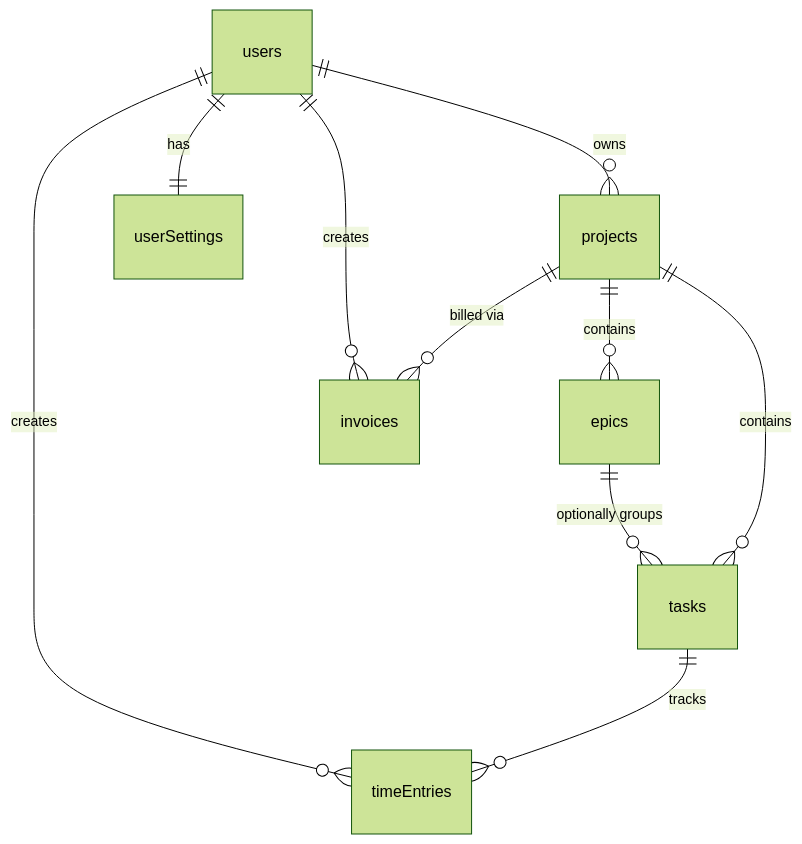
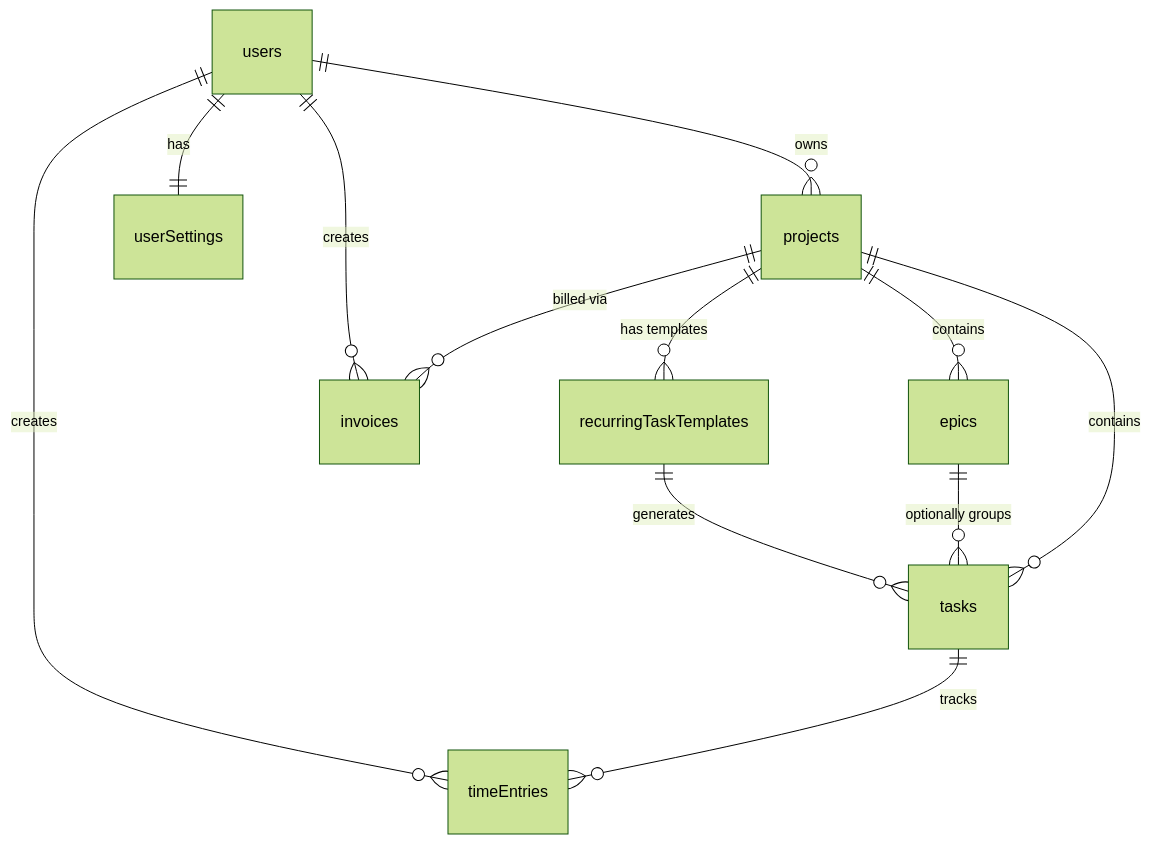
One commit to cardellinotech/velo changed the second of 2 diagrams in docs/prd.md. Above: the diagram before and after it, drawn with Mermaid (forest theme). The commit also changed other lines of this file and 13 other files, not shown here.

Commit message:
feat: implement recurring tasks

````diff
--- a/docs/prd.md
+++ b/docs/prd.md
@@ -304,12 +328,14 @@
 ```mermaid
 erDiagram
     users ||--o{ projects : owns
     users ||--|| userSettings : has
     projects ||--o{ epics : contains
     projects ||--o{ tasks : contains
     projects ||--o{ invoices : "billed via"
+    projects ||--o{ recurringTaskTemplates : "has templates"
     epics ||--o{ tasks : "optionally groups"
     tasks ||--o{ timeEntries : tracks
     users ||--o{ timeEntries : creates
     users ||--o{ invoices : creates
+    recurringTaskTemplates ||--o{ tasks : "generates"
 ```
````
